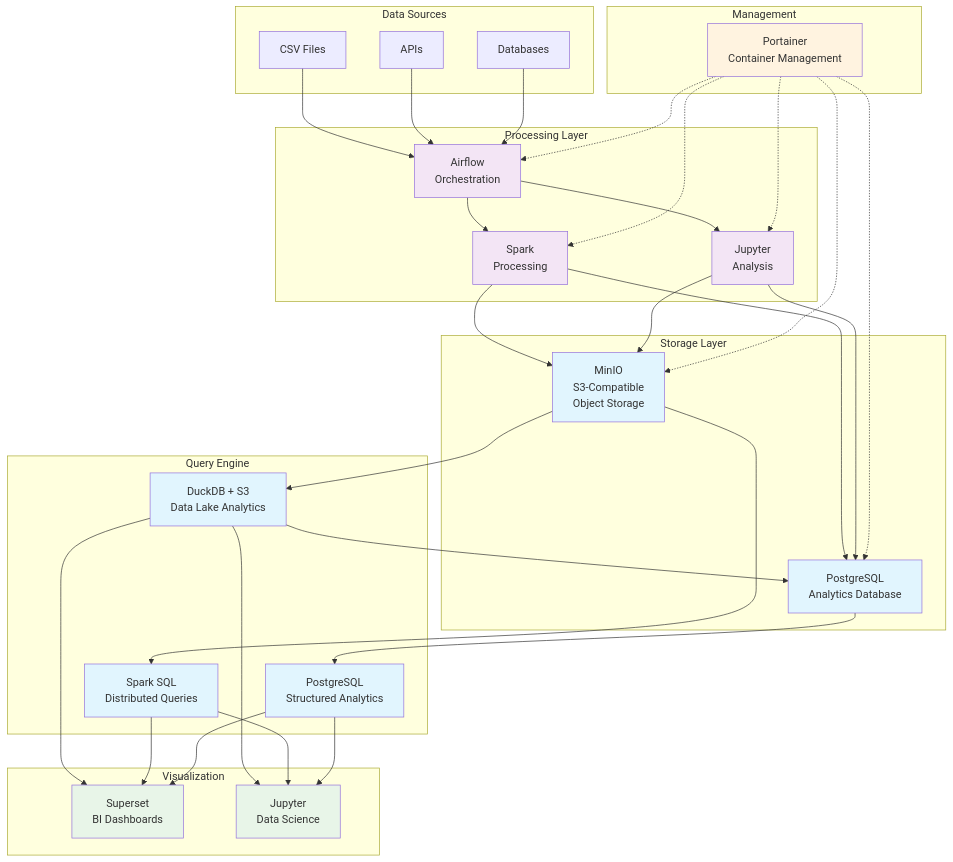
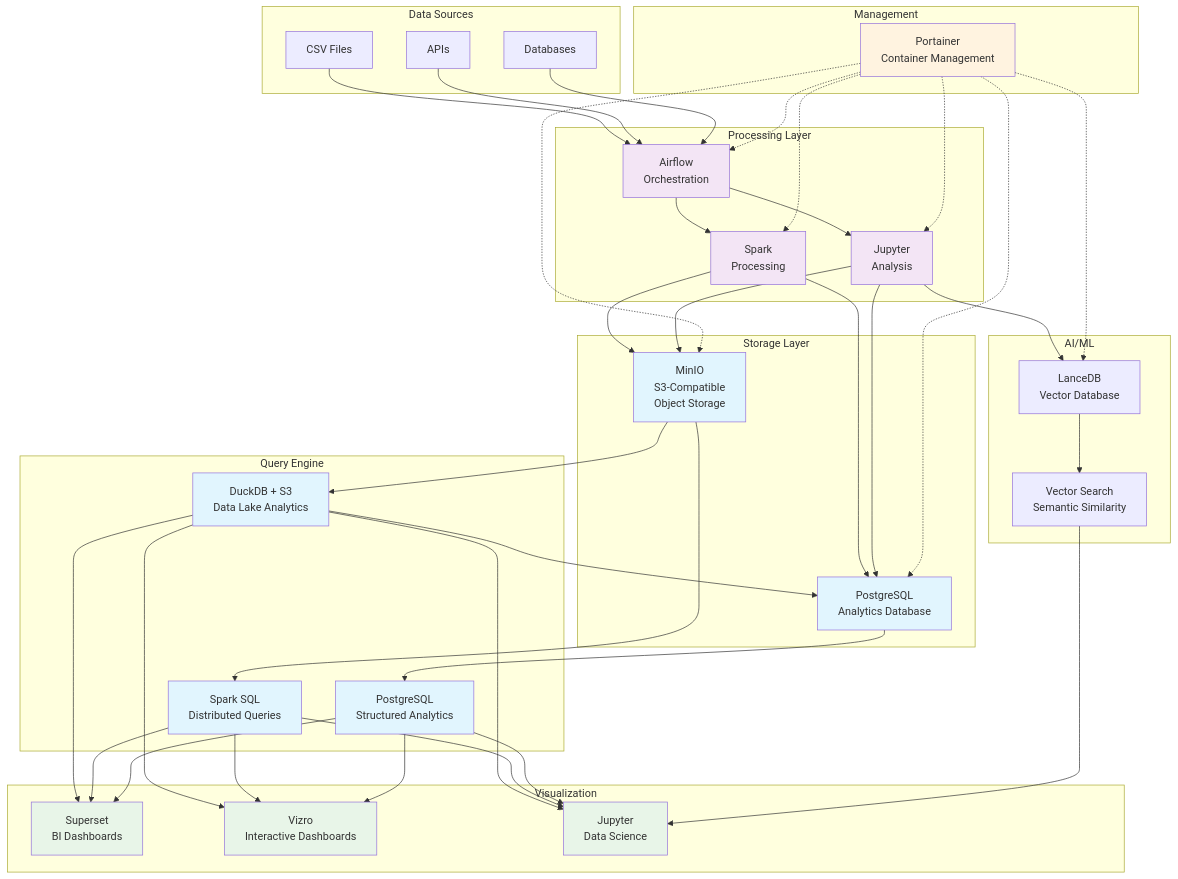
The diagram in README.md (karstom/lakehouse-lab), drawn with Mermaid before and after one commit. The commit also changed other lines of this file and 1 other file, not shown here.

````diff
--- a/README.md
+++ b/README.md
@@ -173,7 +231,13 @@
     
     subgraph "Visualization"
         SU[Superset<br/>BI Dashboards]
+        VZ[Vizro<br/>Interactive Dashboards]
         JD[Jupyter<br/>Data Science]
+    end
+    
+    subgraph "AI/ML"
+        LD[LanceDB<br/>Vector Database]
+        VS[Vector Search<br/>Semantic Similarity]
     end
     
     subgraph "Management"
@@ -193,17 +257,24 @@
     MI --> SS
     PG --> PA
     DU --> SU
+    DU --> VZ
     DU --> JD
     SS --> SU
+    SS --> VZ
     SS --> JD
     PA --> SU
+    PA --> VZ
     PA --> JD
     DU --> PG
+    JU --> LD
+    LD --> VS
+    VS --> JD
     PO -.-> AF
     PO -.-> SP
     PO -.-> JU
     PO -.-> MI
     PO -.-> PG
+    PO -.-> LD
     
     classDef storage fill:#e1f5fe
     classDef processing fill:#f3e5f5
@@ -212,7 +283,8 @@
     
     class MI,PG storage
     class AF,SP,JU processing
-    class SU,JD visualization
+    class SU,VZ,JD visualization
+    class LD,VS aiml
     class PO management
     class DU,SS,PA storage
 ```
````
